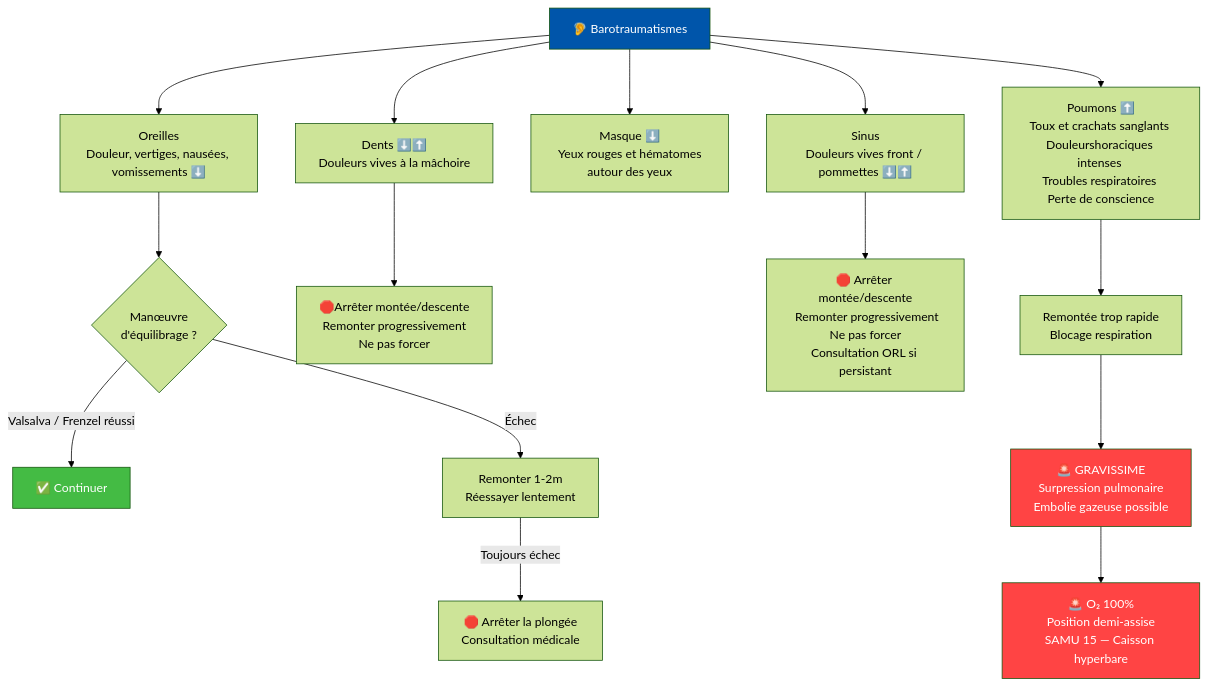
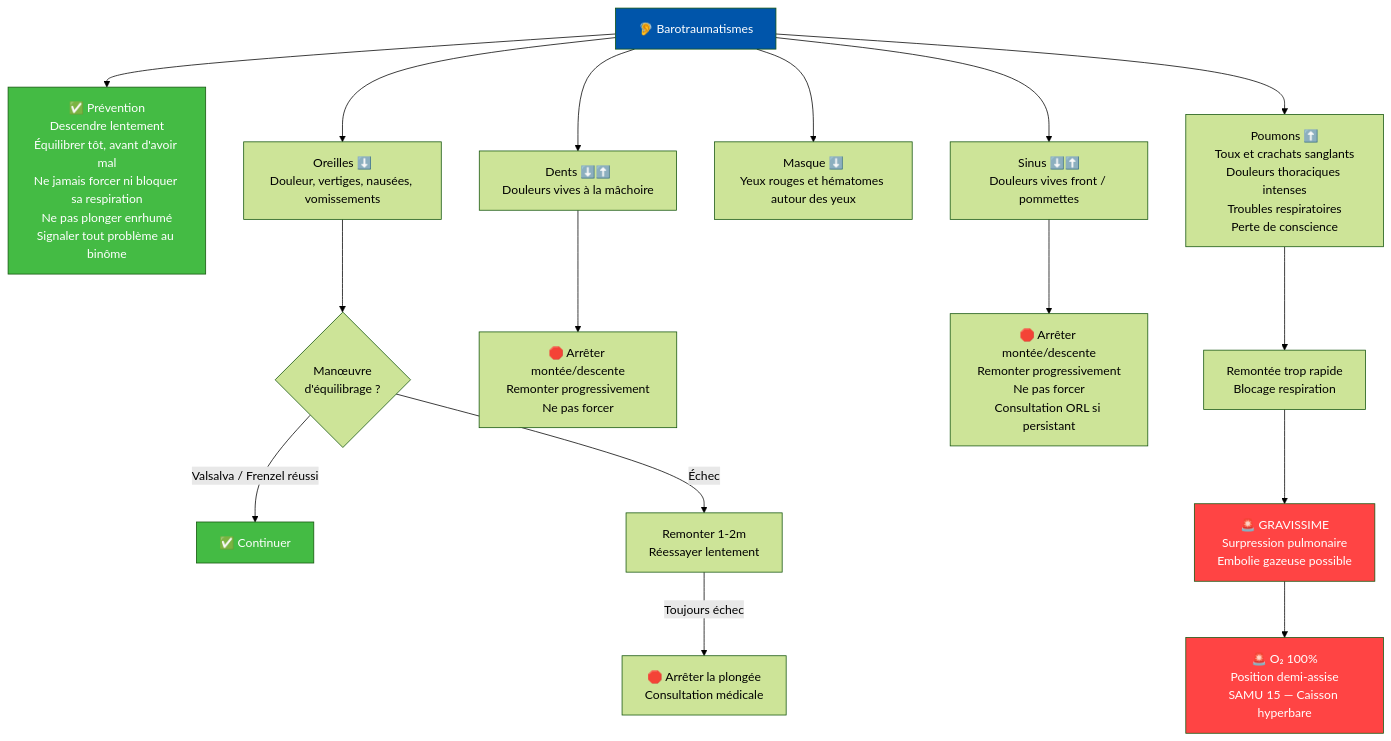
One commit to thomasGuibert/plongee changed the first of 6 diagrams in prepa-n2/N2_Physiologie_Risques.md. Above: the diagram before and after it, drawn with Mermaid (forest theme). The commit also changed other lines of this file, not shown here.

````diff
--- a/prepa-n2/N2_Physiologie_Risques.md
+++ b/prepa-n2/N2_Physiologie_Risques.md
@@ -7,26 +7,31 @@
 ```mermaid
 flowchart TD
     ROOT["🦻 Barotraumatismes"]
-    ROOT --> BARO_OR["Oreilles<br>Douleur, vertiges, nausées, vomissements ⬇️"]
+
+    ROOT --> PREV["✅ Prévention<br>Descendre lentement<br>Équilibrer tôt, avant d'avoir mal<br>Ne jamais forcer ni bloquer sa respiration<br>Ne pas plonger enrhumé<br>Signaler tout problème au binôme"]
+
+    ROOT --> BARO_OR["Oreilles ⬇️<br>Douleur, vertiges, nausées, vomissements"]
     BARO_OR --> BARO_OR1{Manœuvre<br>d'équilibrage ?}
     BARO_OR1 -->|Valsalva / Frenzel réussi| BARO_OR2["✅ Continuer"]
     BARO_OR1 -->|Échec| BARO_OR3["Remonter 1-2m<br>Réessayer lentement"]
     BARO_OR3 -->|Toujours échec| BARO_OR4["🛑 Arrêter la plongée<br>Consultation médicale"]
 
     ROOT --> BARO_DT["Dents ⬇️⬆️<br>Douleurs vives à la mâchoire"]
-    BARO_DT --> BARO_DT1["🛑Arrêter montée/descente <br> Remonter progressivement <br>Ne pas forcer"]
-    ROOT --> BARO_MK["Masque ⬇️<br> Yeux rouges et hématomes autour des yeux"]
+    BARO_DT --> BARO_DT1["🛑 Arrêter montée/descente<br>Remonter progressivement<br>Ne pas forcer"]
 
-    ROOT --> BARO_SI["Sinus<br>Douleurs vives front / pommettes ⬇️⬆️"]
-    BARO_SI --> BARO_SI1["🛑 Arrêter montée/descente<br> Remonter progressivement<br>Ne pas forcer<br>Consultation ORL si persistant"]
+    ROOT --> BARO_MK["Masque ⬇️<br>Yeux rouges et hématomes autour des yeux"]
 
-    ROOT --> BARO_PO["Poumons ⬆️<br>Toux et crachats sanglants <br>Douleurshoraciques intenses <br>Troubles respiratoires <br>Perte de conscience"]
-BARO_PO --> BARO_PO0["Remontée trop rapide<br>Blocage respiration"]
+    ROOT --> BARO_SI["Sinus ⬇️⬆️<br>Douleurs vives front / pommettes"]
+    BARO_SI --> BARO_SI1["🛑 Arrêter montée/descente<br>Remonter progressivement<br>Ne pas forcer<br>Consultation ORL si persistant"]
+
+    ROOT --> BARO_PO["Poumons ⬆️<br>Toux et crachats sanglants<br>Douleurs thoraciques intenses<br>Troubles respiratoires<br>Perte de conscience"]
+    BARO_PO --> BARO_PO0["Remontée trop rapide<br>Blocage respiration"]
     BARO_PO0 --> BARO_PO1["🚨 GRAVISSIME<br>Surpression pulmonaire<br>Embolie gazeuse possible"]
     BARO_PO1 --> BARO_PO2["🚨 O₂ 100%<br>Position demi-assise<br>SAMU 15 — Caisson hyperbare"]
 
     style ROOT fill:#0055aa,color:#fff
+    style PREV fill:#44bb44,color:#fff
     style BARO_OR2 fill:#44bb44,color:#fff
     style BARO_PO1 fill:#ff4444,color:#fff
     style BARO_PO2 fill:#ff4444,color:#fff
 ```
````
